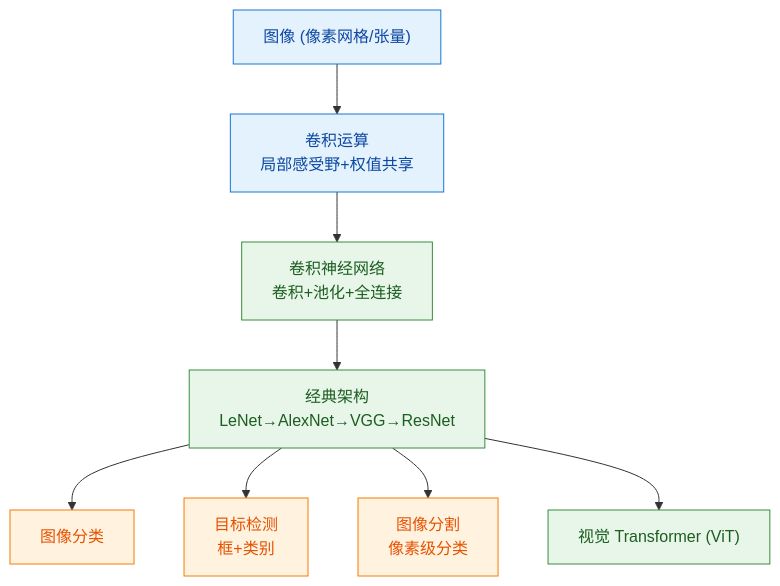
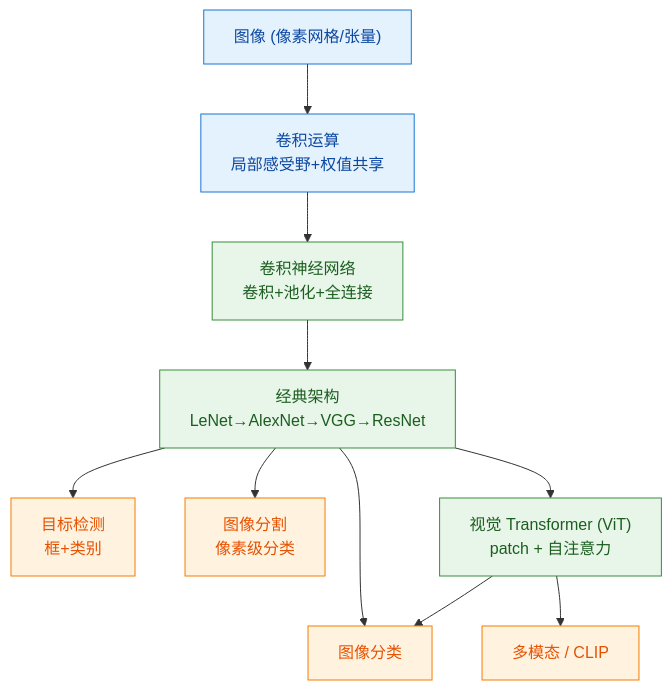
The diagram in docs/06-计算机视觉/000-分类总览与知识图谱.md (HarveyWebLee/ai-docs), drawn with Mermaid before and after one commit. The commit also changed other lines of this file and 50 other files, not shown here.

````diff
--- a/docs/06-计算机视觉/000-分类总览与知识图谱.md
+++ b/docs/06-计算机视觉/000-分类总览与知识图谱.md
@@ -24,17 +26,19 @@
 ```mermaid
 graph TD
   Img["图像 (像素网格/张量)"] --> Conv["卷积运算<br/>局部感受野+权值共享"]
   Conv --> CNN["卷积神经网络<br/>卷积+池化+全连接"]
   CNN --> Arch["经典架构<br/>LeNet→AlexNet→VGG→ResNet"]
   Arch --> Cls["图像分类"]
   Arch --> Det["目标检测<br/>框+类别"]
   Arch --> Seg["图像分割<br/>像素级分类"]
-  Arch --> ViT["视觉 Transformer (ViT)"]
+  Arch --> ViT["视觉 Transformer (ViT)<br/>patch + 自注意力"]
+  ViT --> Cls
+  ViT --> Multimodal["多模态 / CLIP"]
 
   classDef base fill:#e3f2fd,stroke:#1976d2,color:#0d47a1;
   classDef model fill:#e8f5e9,stroke:#388e3c,color:#1b5e20;
   classDef task fill:#fff3e0,stroke:#f57c00,color:#e65100;
   class Img,Conv base;
   class CNN,Arch,ViT model;
-  class Cls,Det,Seg task;
+  class Cls,Det,Seg,Multimodal task;
 ```
````
